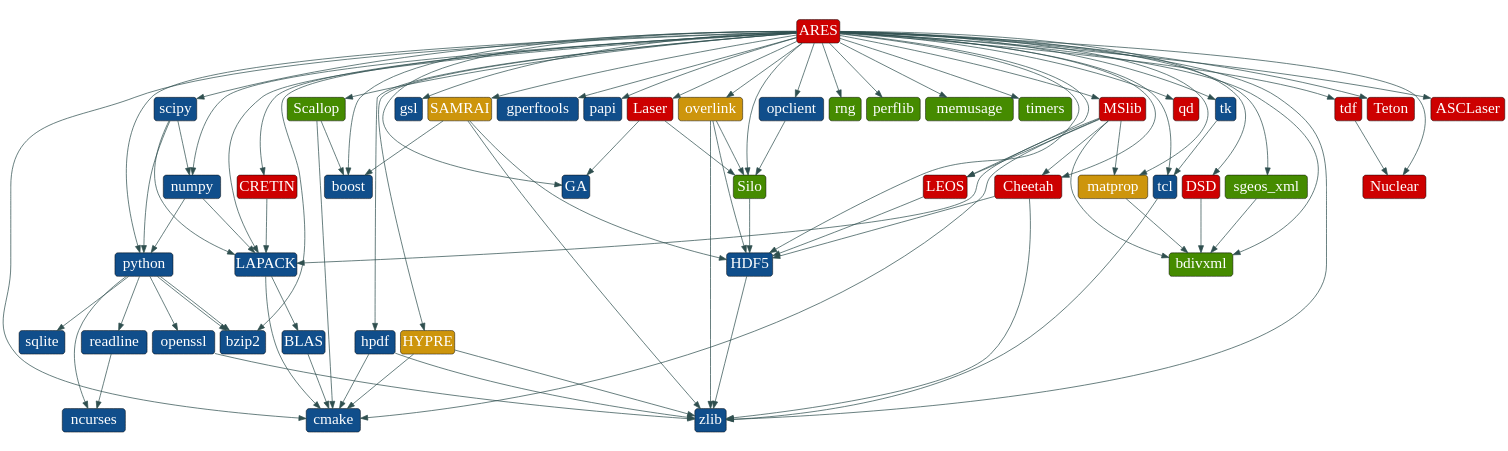
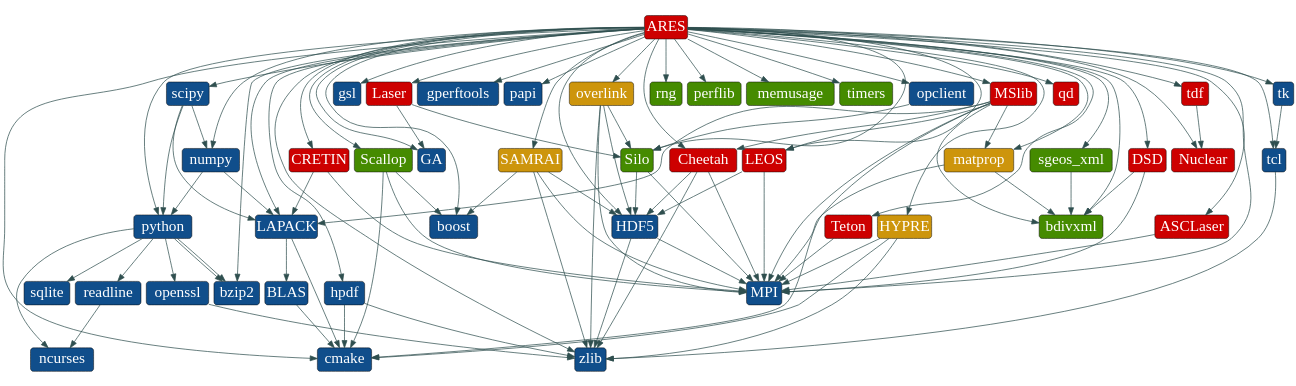
The diagram in figs/ares-dot/ares.dot (spack/spack-sc15-paper), drawn with Graphviz before and after one commit. The commit also changed 2 other files, not shown here.

Commit message:
Update ARES fig with MPI.

```diff
--- a/figs/ares-dot/ares.dot
+++ b/figs/ares-dot/ares.dot
@@ -1,155 +1,174 @@
 digraph G {
     labelloc = "b"
     rankdir = "TB"
     ratio = .3
     nodesep=0.3
     edge[penwidth=3,
          arrowsize=3,
          color="darkslategray"]
     node[
          color=black,
          penwidth=2,
          fontname=ArialBlack,
          fontsize=64,
          margin=0.2,
          fontcolor=white,
          shape=box,
          style="rounded,filled"]
 
 "ares"                         [label="ARES", fillcolor=red3]
 "tcl"                          [label="tcl", fillcolor=dodgerblue4]
 "tk"                           [label="tk", fillcolor=dodgerblue4]
 "scipy"                        [label="scipy", fillcolor=dodgerblue4]
 "python"                       [label="python", fillcolor=dodgerblue4]
 "cmake"                        [label="cmake", fillcolor=dodgerblue4]
 "hpdf"                         [label="hpdf", fillcolor=dodgerblue4]
 "opclient"                     [label="opclient", fillcolor=dodgerblue4]
 "boost"                        [label="boost", fillcolor=dodgerblue4]
 "zlib"                         [label="zlib", fillcolor=dodgerblue4]
 "numpy"                        [label="numpy", fillcolor=dodgerblue4]
 "bzip2"                        [label="bzip2", fillcolor=dodgerblue4]
 "lapack"                       [label="LAPACK", fillcolor=dodgerblue4]
 "netlib-blas"                  [label="BLAS", fillcolor=dodgerblue4]
 "gsl"                          [label="gsl", fillcolor=dodgerblue4]
 "hdf5"                         [label="HDF5", fillcolor=dodgerblue4]
 "gperftools"                   [label="gperftools", fillcolor=dodgerblue4]
 "papi"                         [label="papi", fillcolor=dodgerblue4]
 "GA"                           [label="GA", fillcolor=dodgerblue4]
 "bdivxml"                      [label="bdivxml",fillcolor=chartreuse4]
 "sgeos_xml"                    [label="sgeos_xml", fillcolor=chartreuse4]
 "scallop"                      [label="Scallop", fillcolor=chartreuse4]
 "rng"                          [label="rng", fillcolor=chartreuse4]
 "perflib"                      [label="perflib", fillcolor=chartreuse4]
 "memusage"                     [label="memusage", fillcolor=chartreuse4]
 "timers"                       [label="timers", fillcolor=chartreuse4]
 "silo"                         [label="Silo", fillcolor=chartreuse4]
 "SAMRAI"                       [label="SAMRAI", fillcolor=darkgoldenrod3]
 "hypre"                        [label="HYPRE", fillcolor=darkgoldenrod3]
 "matprop"                      [label="matprop", fillcolor=darkgoldenrod3]
 "overlink"                     [label="overlink", fillcolor=darkgoldenrod3]
 "qd"                           [label="qd", fillcolor=red3]
 "Leos"                         [label="LEOS", fillcolor=red3]
 "mslib"                        [label="MSlib", fillcolor=red3]
 "Laser"                        [label="Laser", fillcolor=red3]
 "cretin"                       [label="CRETIN", fillcolor=red3]
 "tdf"                          [label="tdf", fillcolor=red3]
 "Cheetah"                      [label="Cheetah", fillcolor=red3]
 "DSD"                          [label="DSD", fillcolor=red3]
 "Teton"                        [label="Teton", fillcolor=red3]
 "nuclear"                      [label="Nuclear", fillcolor=red3]
 "ASCLaser"                     [label="ASCLaser", fillcolor=red3]
 "ncurses"                      [label="ncurses", fillcolor=dodgerblue4]
 "sqlite"                       [label="sqlite", fillcolor=dodgerblue4]
 "readline"                     [label="readline", fillcolor=dodgerblue4]
 "openssl"                      [label="openssl", fillcolor=dodgerblue4]
+
+"mpi"                          [label="MPI", fillcolor=dodgerblue4]
+
+"ares" -> "mpi"
+"overlink" -> "mpi"
+"Leos" -> "mpi"
+"Cheetah" -> "mpi"
+"Teton" -> "mpi"
+"ASCLaser" -> "mpi"
+"DSD" -> "mpi"
+"mslib" -> "mpi"
+"cretin" -> "mpi"
+"hypre" -> "mpi"
+"matprop" -> "mpi"
+"scallop" -> "mpi"
+"hdf5" -> "mpi"
+"silo" -> "mpi"
+"SAMRAI" -> "mpi"
+
 
 "tk" -> "tcl"
 "tcl" -> "zlib"
 "scipy" -> "python"
 "scipy" -> "lapack"
 "scipy" -> "numpy"
 "python" -> "bzip2"
 "sgeos_xml" -> "bdivxml"
 "hpdf" -> "zlib"
 "hpdf" -> "cmake"
 "opclient" -> "silo"
 "Leos" -> "hdf5"
 "matprop" -> "bdivxml"
 "silo" -> "hdf5"
 "SAMRAI" -> "zlib"
 "SAMRAI" -> "boost"
 "SAMRAI" -> "hdf5"
 "scallop" -> "cmake"
 "scallop" -> "boost"
 "Laser" -> "GA"
 "Laser" -> "silo"
 "cretin" -> "lapack"
 "hdf5" -> "zlib"
 "ares" -> "hpdf"
 "ares" -> "scallop"
 "ares" -> "tcl"
 "ares" -> "gperftools"
 "ares" -> "Cheetah"
 "ares" -> "sgeos_xml"
 "ares" -> "cretin"
 "ares" -> "Teton"
 "ares" -> "bzip2"
 "ares" -> "cmake"
 "ares" -> "lapack"
 "ares" -> "nuclear"
 "ares" -> "SAMRAI"
 "ares" -> "mslib"
 "ares" -> "tk"
 "ares" -> "boost"
 "ares" -> "Laser"
 "ares" -> "python"
 "ares" -> "bdivxml"
 "ares" -> "rng"
 "ares" -> "tdf"
 "ares" -> "matprop"
 "ares" -> "opclient"
 "ares" -> "scipy"
 "ares" -> "GA"
 "ares" -> "DSD"
 "ares" -> "silo"
 "ares" -> "ASCLaser"
 "ares" -> "hypre"
 "ares" -> "memusage"
 "ares" -> "papi"
 "ares" -> "hdf5"
 "ares" -> "numpy"
 "ares" -> "zlib"
 "ares" -> "Leos"
 "ares" -> "timers"
 "ares" -> "qd"
 "ares" -> "perflib"
 "ares" -> "gsl"
 "ares" -> "overlink"
 "hypre" -> "zlib"
 "hypre" -> "cmake"
 "tdf" -> "nuclear"
 "Cheetah" -> "zlib"
 "Cheetah" -> "hdf5"
 "numpy" -> "python"
 "numpy" -> "lapack"
 "overlink" -> "zlib"
 "overlink" -> "hdf5"
 "overlink" -> "silo"
 "DSD" -> "bdivxml"
 "lapack" -> "cmake"
 "netlib-blas" -> "cmake"
 "lapack" -> "netlib-blas"
 "mslib" -> "cmake"
 "mslib" -> "lapack"
 "mslib" -> "bdivxml"
 "mslib" -> "matprop"
 "mslib" -> "Leos"
 "mslib" -> "Cheetah"
 "readline" -> "ncurses"
 "python" -> "readline"
 "python" -> "ncurses"
 "python" -> "bzip2"
 "python" -> "openssl"
 "python" -> "sqlite"
 "openssl" -> "zlib"
 }
```
